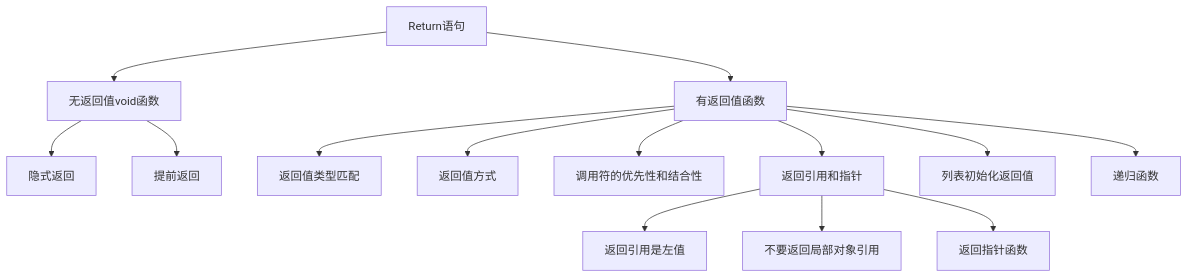
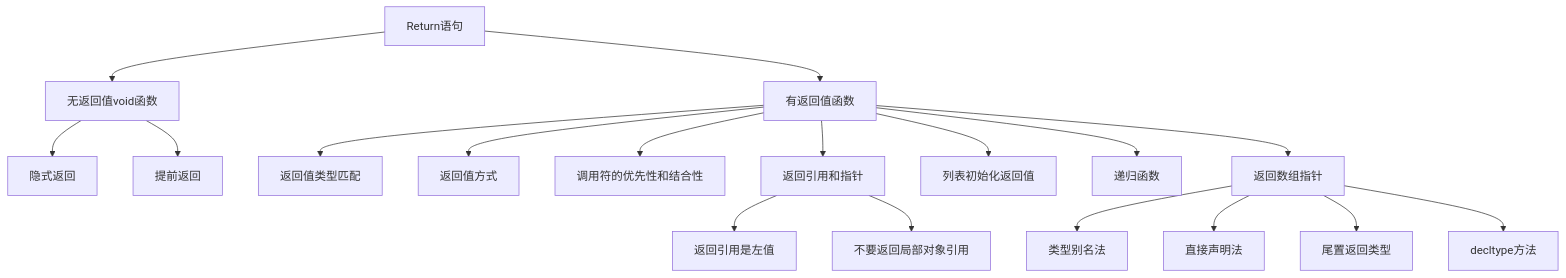
Before and after one commit to QinWenYan1/Primer_CPP: the diagram in Chapter06_functions/note_6_3_return_type_statement.md, drawn with Mermaid. The commit also changed other lines of this file, not shown here.

````diff
--- a/Chapter06_functions/note_6_3_return_type_statement.md
+++ b/Chapter06_functions/note_6_3_return_type_statement.md
@@ -9,16 +9,20 @@
 ```mermaid
 graph TD
     A[Return语句] --> B[无返回值void函数]
     A --> C[有返回值函数]
     B --> B1[隐式返回]
     B --> B2[提前返回]
     C --> C1[返回值类型匹配]
     C --> C5[返回值方式]
     C --> C6[调用符的优先性和结合性]
     C --> C2[返回引用和指针]
     C --> C3[列表初始化返回值]
     C --> C4[递归函数]
+    C --> C7[返回数组指针]
     C2 --> C21[返回引用是左值]
     C2 --> C22[不要返回局部对象引用]
-    C2 --> C23[返回指针函数]
+    C7 --> C71[类型别名法]
+    C7 --> C72[直接声明法]
+    C7 --> C73[尾置返回类型]
+    C7 --> C74[decltype方法]
 ```
````
